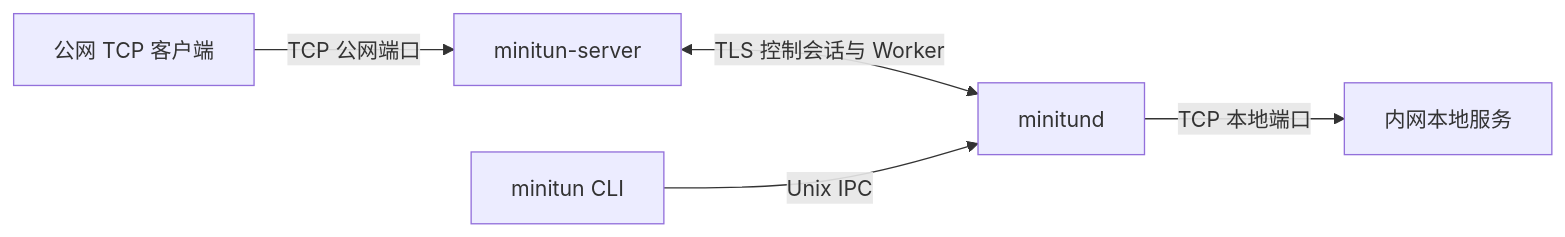
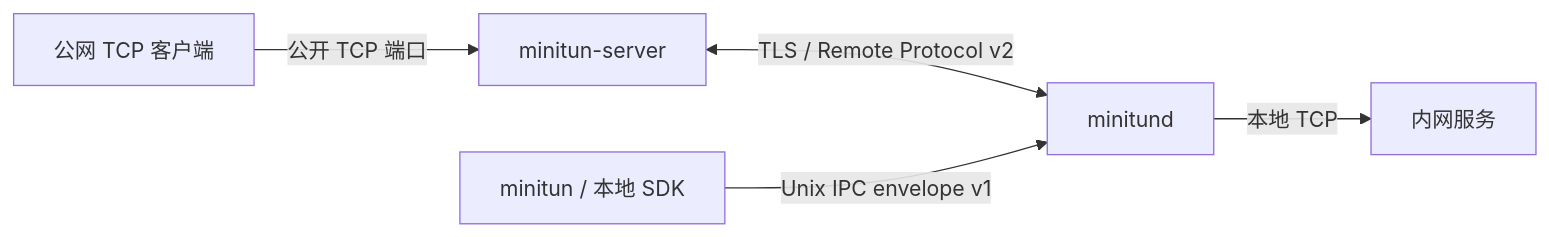
One commit to Albert-Li-Sz/MiniTUN changed the diagram in README.md. Above: the diagram before and after it, drawn with Mermaid. The commit also changed other lines of this file and 167 other files, not shown here.

````diff
--- a/README.md
+++ b/README.md
@@ -41,7 +40,7 @@
 ```mermaid
 flowchart LR
-    user["公网 TCP 客户端"] -->|"TCP 公网端口"| server["minitun-server"]
-    server <-->|"TLS 控制会话与 Worker"| daemon["minitund"]
-    cli["minitun CLI"] -->|"Unix IPC"| daemon
-    daemon -->|"TCP 本地端口"| service["内网本地服务"]
+    user["公网 TCP 客户端"] -->|"公开 TCP 端口"| server["minitun-server"]
+    server <-->|"TLS / Remote Protocol v2"| daemon["minitund"]
+    cli["minitun / 本地 SDK"] -->|"Unix IPC envelope v1"| daemon
+    daemon -->|"本地 TCP"| service["内网服务"]
 ```
````
